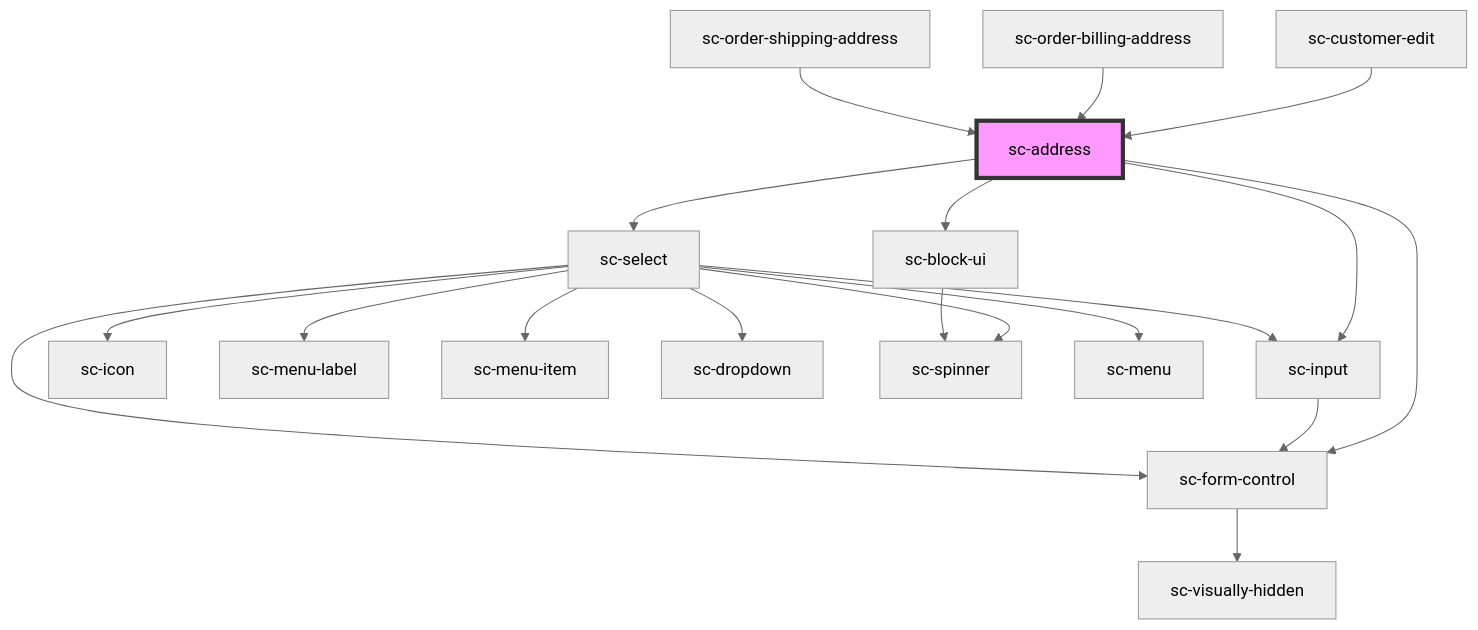
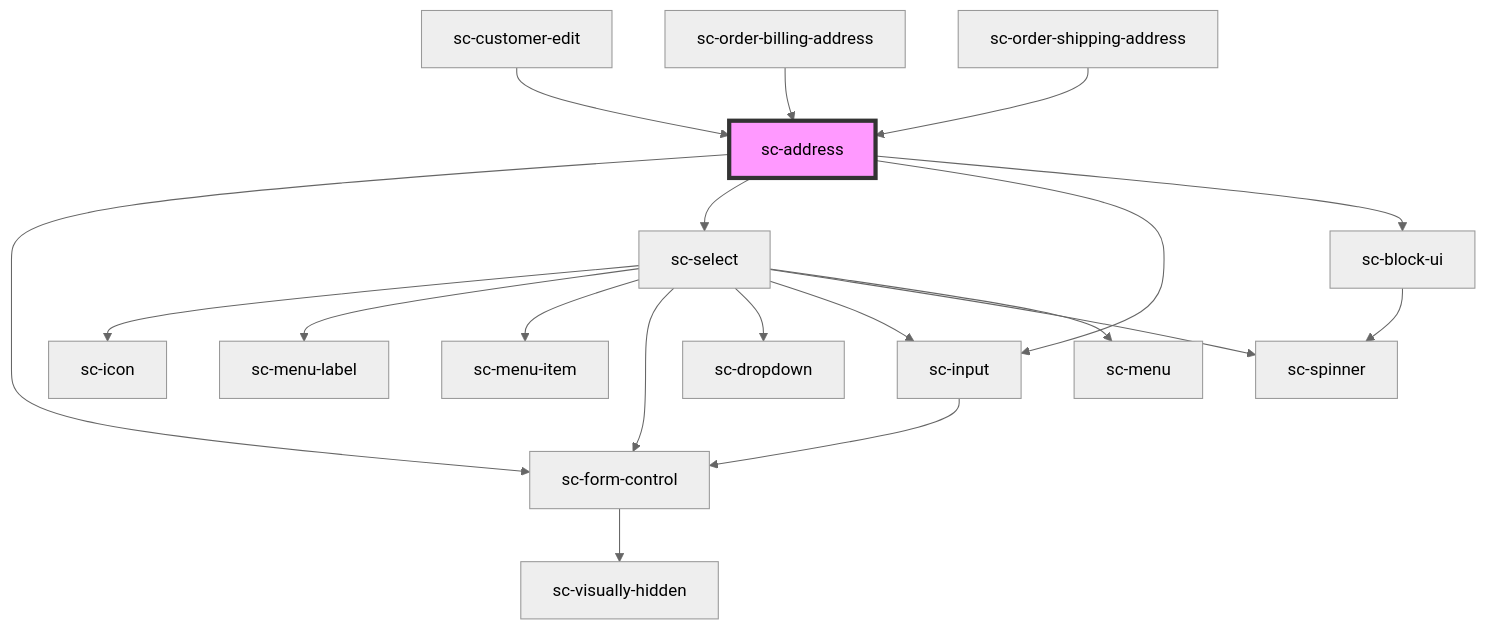
One commit to surecart/surecart-wp-plugin changed the diagram in packages/components/src/components/ui/address/readme.md. Above: the diagram before and after it, drawn with Mermaid (neutral theme). The commit also changed other lines of this file and 20 other files, not shown here.

````diff
--- a/packages/components/src/components/ui/address/readme.md
+++ b/packages/components/src/components/ui/address/readme.md
@@ -87,22 +86,22 @@
 ```mermaid
 graph TD;
   sc-address --> sc-form-control
+  sc-address --> sc-select
   sc-address --> sc-input
-  sc-address --> sc-select
   sc-address --> sc-block-ui
   sc-form-control --> sc-visually-hidden
-  sc-input --> sc-form-control
   sc-select --> sc-icon
   sc-select --> sc-menu-label
   sc-select --> sc-menu-item
   sc-select --> sc-form-control
   sc-select --> sc-dropdown
   sc-select --> sc-input
   sc-select --> sc-spinner
   sc-select --> sc-menu
+  sc-input --> sc-form-control
   sc-block-ui --> sc-spinner
   sc-customer-edit --> sc-address
   sc-order-billing-address --> sc-address
   sc-order-shipping-address --> sc-address
   style sc-address fill:#f9f,stroke:#333,stroke-width:4px
 ```
````
